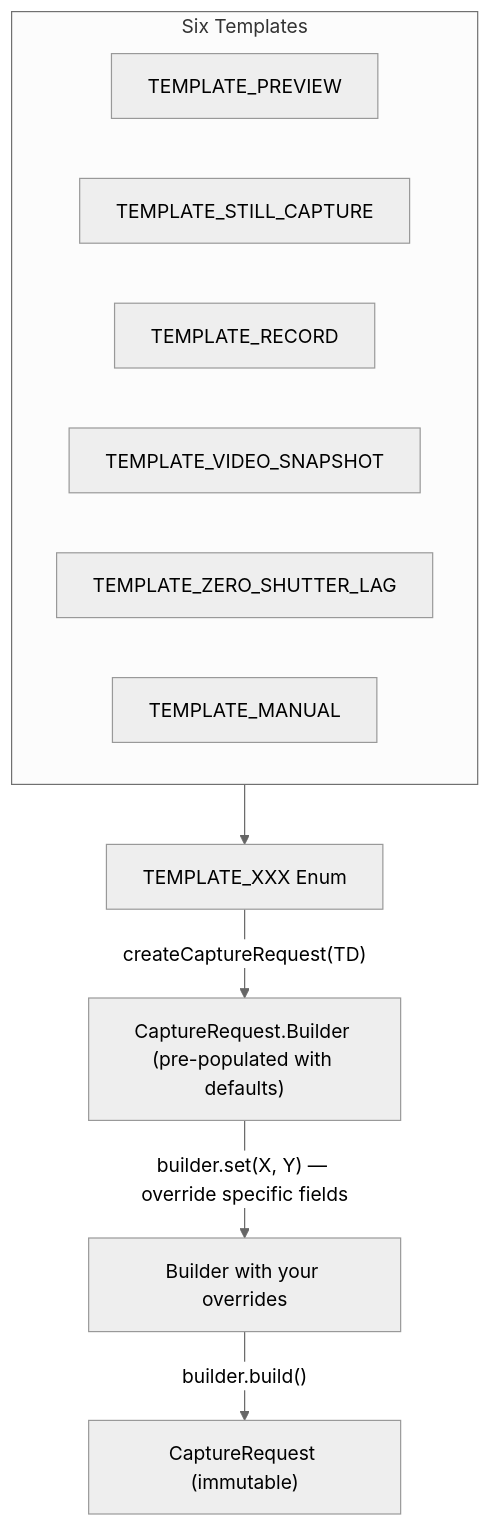
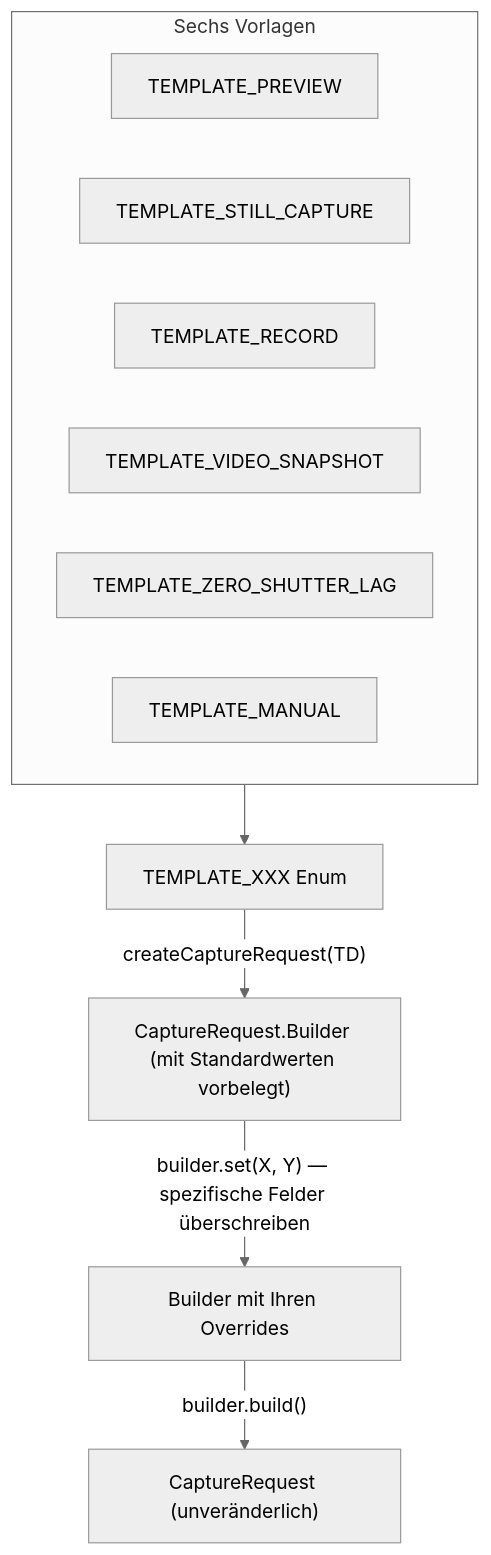
Before and after one commit to zoozooll/AndroidCameraParameters: the fifth of 6 diagrams in website/i18n/de/docusaurus-plugin-content-docs/current/camera2/capture-types.md, drawn with Mermaid (neutral theme). The commit also changed other lines of this file and 378 other files, not shown here.

````diff
--- a/website/i18n/de/docusaurus-plugin-content-docs/current/camera2/capture-types.md
+++ b/website/i18n/de/docusaurus-plugin-content-docs/current/camera2/capture-types.md
@@ -347,17 +347,17 @@
 ```mermaid
 graph TD
-    TD["TEMPLATE_XXX Enum"] -->|"createCaptureRequest(TD)"| B["CaptureRequest.Builder (pre-populated with defaults)"]
-    B -->|"builder.set(X, Y) — override specific fields"| B2["Builder with your overrides"]
-    B2 -->|"builder.build()"| R["CaptureRequest (immutable)"]
+    TD["TEMPLATE_XXX Enum"] -->|"createCaptureRequest(TD)"| B["CaptureRequest.Builder (mit Standardwerten vorbelegt)"]
+    B -->|"builder.set(X, Y) — spezifische Felder überschreiben"| B2["Builder mit Ihren Overrides"]
+    B2 -->|"builder.build()"| R["CaptureRequest (unveränderlich)"]
 
-    subgraph TemplateDefinitions ["Six Templates"]
+    subgraph VorlagenDefinitionen ["Sechs Vorlagen"]
         T1["TEMPLATE_PREVIEW"]
         T2["TEMPLATE_STILL_CAPTURE"]
         T3["TEMPLATE_RECORD"]
         T4["TEMPLATE_VIDEO_SNAPSHOT"]
         T5["TEMPLATE_ZERO_SHUTTER_LAG"]
         T6["TEMPLATE_MANUAL"]
     end
 
-    TemplateDefinitions --> TD
+    VorlagenDefinitionen --> TD
 ```
````
